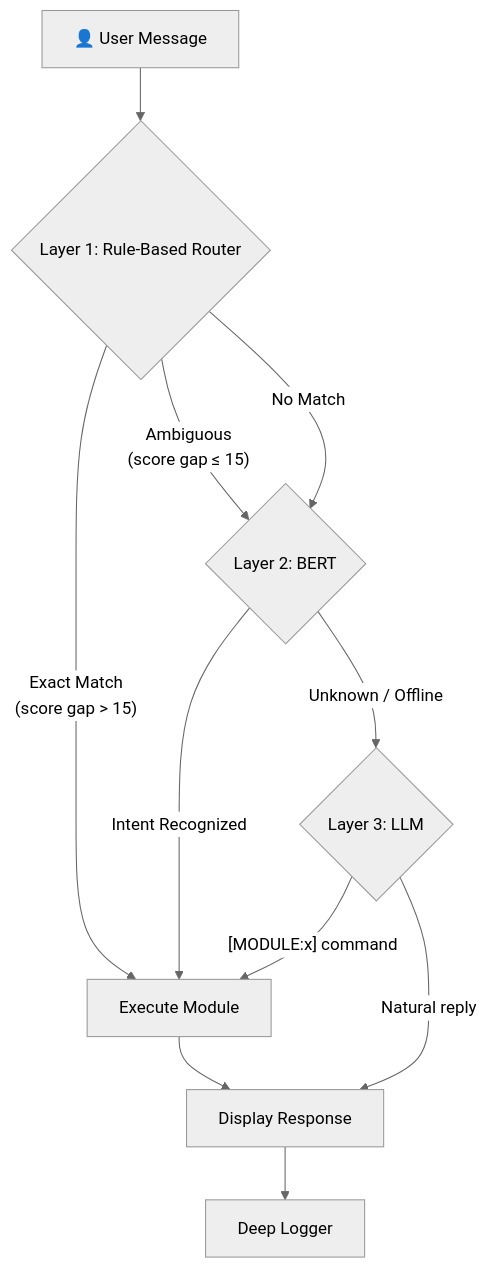
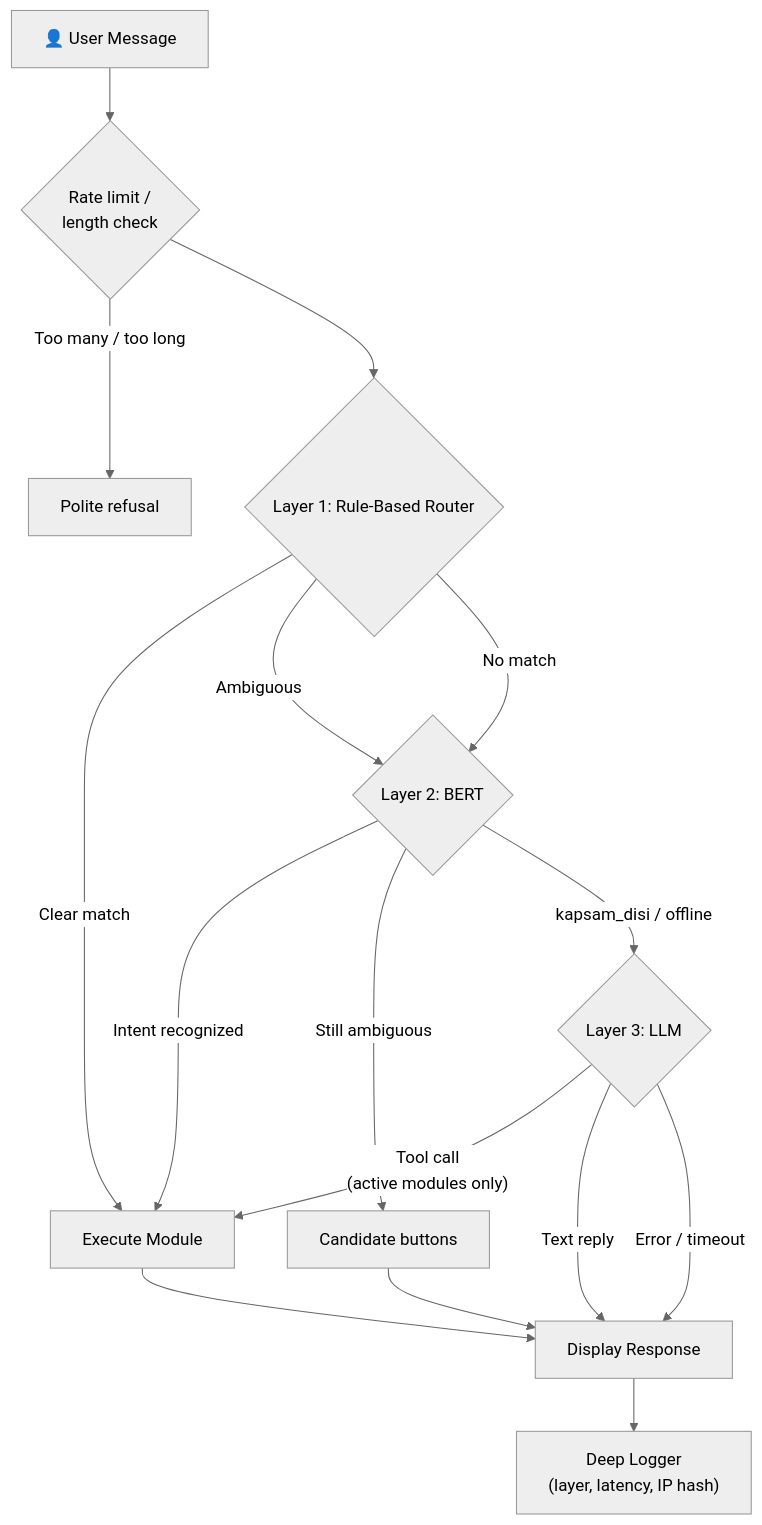
Before and after one commit to TheP4SHA/MistikAI: the first of 2 diagrams in ARCHITECTURE.md, drawn with Mermaid (neutral theme). The commit also changed other lines of this file and 1 other file, not shown here.

First line of the commit message:
docs: update architecture and setup guide for the hardened engine

````diff
--- a/ARCHITECTURE.md
+++ b/ARCHITECTURE.md
@@ -7,13 +7,18 @@
 ```mermaid
 flowchart TD
-    A["👤 User Message"] --> B{"Layer 1: Rule-Based Router"}
-    B -->|"Exact Match<br/>(score gap > 15)"| C["Execute Module"]
-    B -->|"Ambiguous<br/>(score gap ≤ 15)"| D{"Layer 2: BERT"}
-    B -->|"No Match"| D
-    D -->|"Intent Recognized"| C
-    D -->|"Unknown / Offline"| E{"Layer 3: LLM"}
-    E -->|"[MODULE:x] command"| C
-    E -->|"Natural reply"| F["Display Response"]
+    A["👤 User Message"] --> R{"Rate limit /<br/>length check"}
+    R -->|"Too many / too long"| X["Polite refusal"]
+    R --> B{"Layer 1: Rule-Based Router"}
+    B -->|"Clear match"| C["Execute Module"]
+    B -->|"Ambiguous"| D{"Layer 2: BERT"}
+    B -->|"No match"| D
+    D -->|"Intent recognized"| C
+    D -->|"Still ambiguous"| K["Candidate buttons"]
+    D -->|"kapsam_disi / offline"| E{"Layer 3: LLM"}
+    E -->|"Tool call<br/>(active modules only)"| C
+    E -->|"Text reply"| F["Display Response"]
+    E -->|"Error / timeout"| F
     C --> F
-    F --> G["Deep Logger"]
+    K --> F
+    F --> G["Deep Logger<br/>(layer, latency, IP hash)"]
 ```
````
